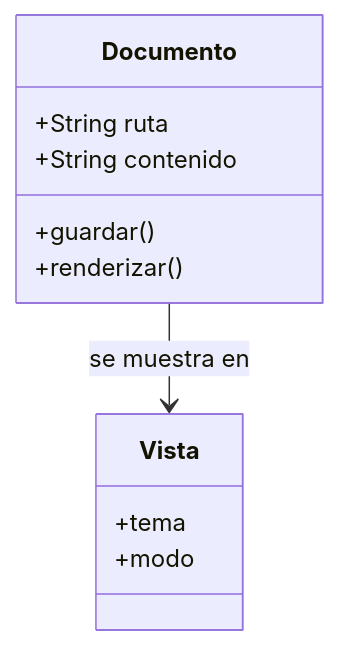
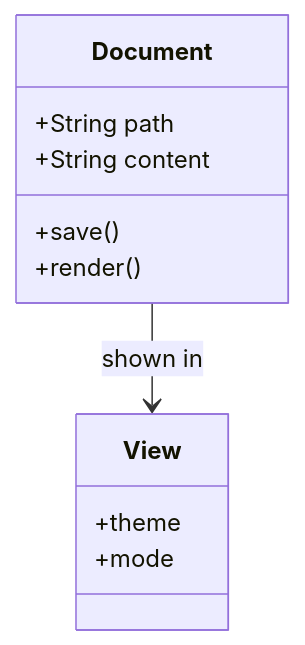
The third of 4 diagrams in src/demo.md (jigonzalez930209/md-view), drawn with Mermaid before and after one commit. The commit also changed other lines of this file and 2 other files, not shown here.

````diff
--- a/src/demo.md
+++ b/src/demo.md
@@ -188,14 +188,14 @@
 ```mermaid
 classDiagram
-    class Documento {
-        +String ruta
-        +String contenido
-        +guardar()
-        +renderizar()
+    class Document {
+        +String path
+        +String content
+        +save()
+        +render()
     }
-    class Vista {
-        +tema
-        +modo
+    class View {
+        +theme
+        +mode
     }
-    Documento --> Vista : se muestra en
+    Document --> View : shown in
 ```
````
